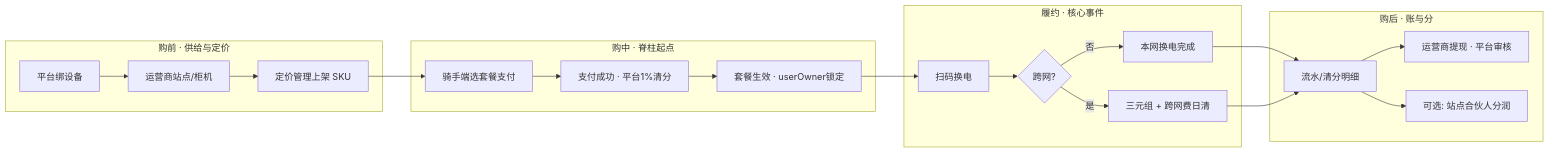
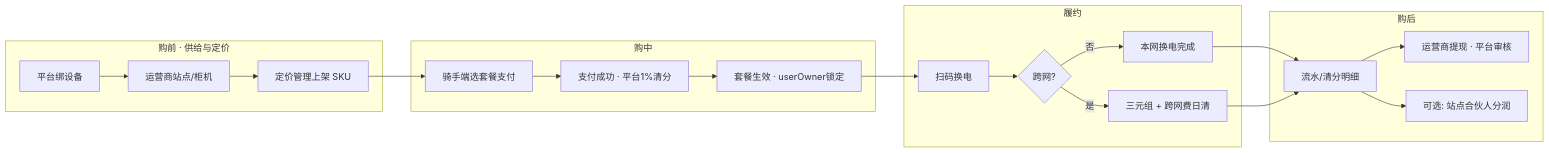
The sixth of 6 diagrams in docs/documentation/md/业务整体预览图.md (liudali/rider-swap-operator-prototype), drawn with Mermaid before and after one commit. The commit also changed other lines of this file and 102 other files, not shown here.

````diff
--- a/docs/documentation/md/业务整体预览图.md
+++ b/docs/documentation/md/业务整体预览图.md
@@ -254,27 +293,24 @@
 ```mermaid
 flowchart LR
   subgraph before [购前 · 供给与定价]
     P1[平台绑设备] --> P2[运营商站点/柜机]
     P2 --> P3[定价管理上架 SKU]
   end
-
-  subgraph buy [购中 · 脊柱起点]
+  subgraph buy [购中]
     P3 --> B1[骑手端选套餐支付]
     B1 --> B2[支付成功 · 平台1%清分]
     B2 --> B3[套餐生效 · userOwner锁定]
   end
-
-  subgraph swap [履约 · 核心事件]
+  subgraph swap [履约]
     B3 --> S1[扫码换电]
     S1 --> S2{跨网?}
     S2 -->|否| S3[本网换电完成]
     S2 -->|是| S4[三元组 + 跨网费日清]
   end
-
-  subgraph after [购后 · 账与分]
+  subgraph after [购后]
     S3 --> A1[流水/清分明细]
     S4 --> A1
     A1 --> A2[运营商提现 · 平台审核]
     A1 --> A3[可选: 站点合伙人分润]
   end
 ```
````
